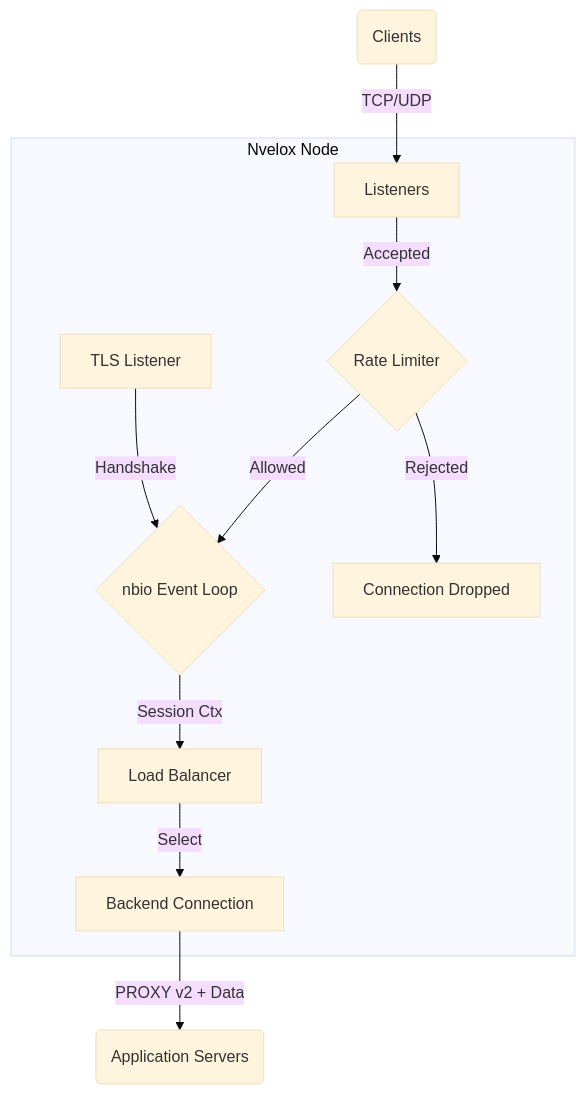
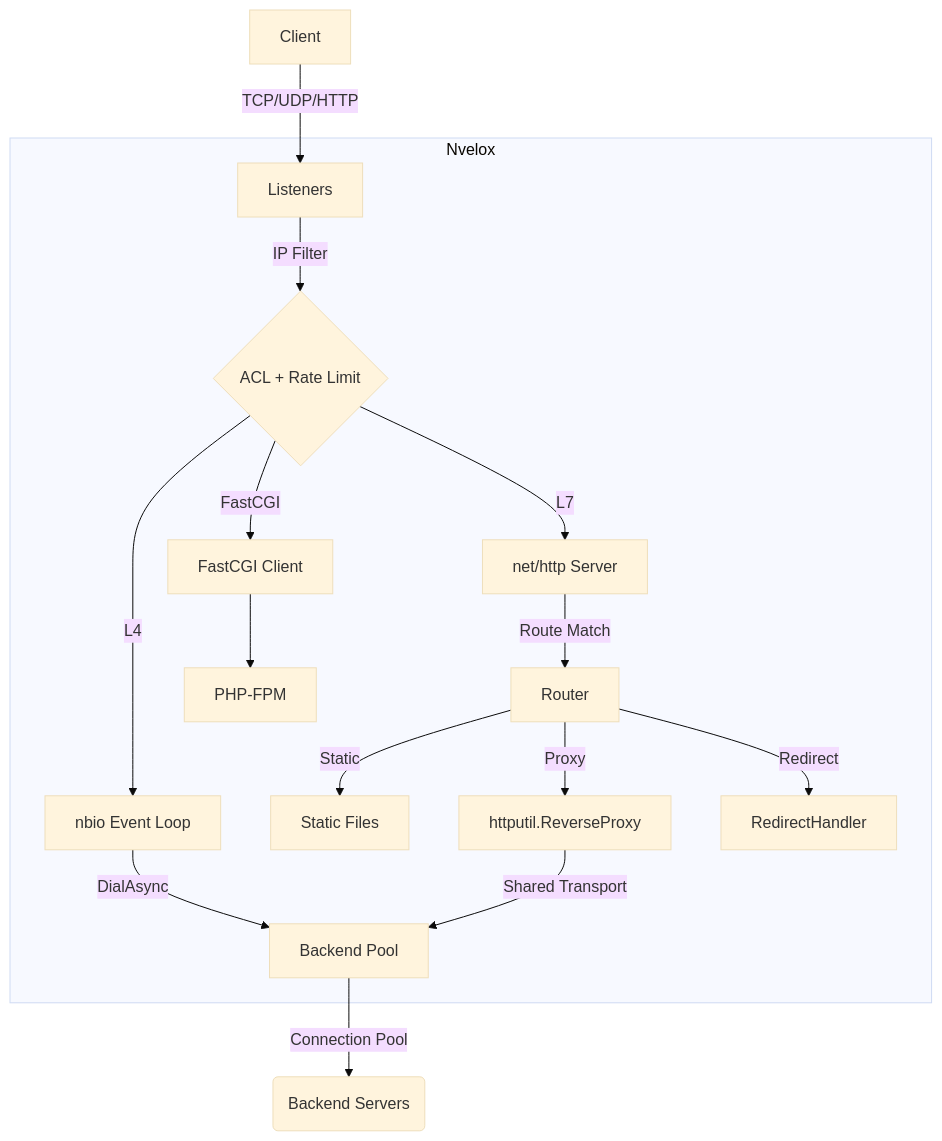
Before and after one commit to nvelox/nvelox: the diagram in README.md, drawn with Mermaid (base theme). The commit also changed other lines of this file and 2 other files, not shown here.

````diff
--- a/README.md
+++ b/README.md
@@ -42,13 +94,18 @@
 ```mermaid
 graph TD
-    Client(Clients) -->|TCP/UDP| Listeners
-    subgraph Nvelox Node
-        Listeners -->|Accepted| RateLimit{Rate Limiter}
-        RateLimit -->|Allowed| EventLoop{nbio Event Loop}
-        RateLimit -->|Rejected| Drop[Connection Dropped]
-        EventLoop -->|Session Ctx| LB[Load Balancer]
-        LB -->|Select| BackendConn[Backend Connection]
-        TLS[TLS Listener] -->|Handshake| EventLoop
+    Client -->|TCP/UDP/HTTP| Listeners
+    subgraph Nvelox
+        Listeners -->|IP Filter| ACL{ACL + Rate Limit}
+        ACL -->|L4| NBIOEngine[nbio Event Loop]
+        ACL -->|L7| HTTPServer[net/http Server]
+        ACL -->|FastCGI| FCGIClient[FastCGI Client]
+        HTTPServer -->|Route Match| Router
+        Router -->|Static| FileServer[Static Files]
+        Router -->|Proxy| ReverseProxy[httputil.ReverseProxy]
+        Router -->|Redirect| RedirectHandler
+        NBIOEngine -->|DialAsync| BackendPool
+        ReverseProxy -->|Shared Transport| BackendPool[Backend Pool]
+        FCGIClient --> PHPFPM[PHP-FPM]
     end
-    BackendConn -->|PROXY v2 + Data| AppServers(Application Servers)
+    BackendPool -->|Connection Pool| Backends(Backend Servers)
 ```
````
